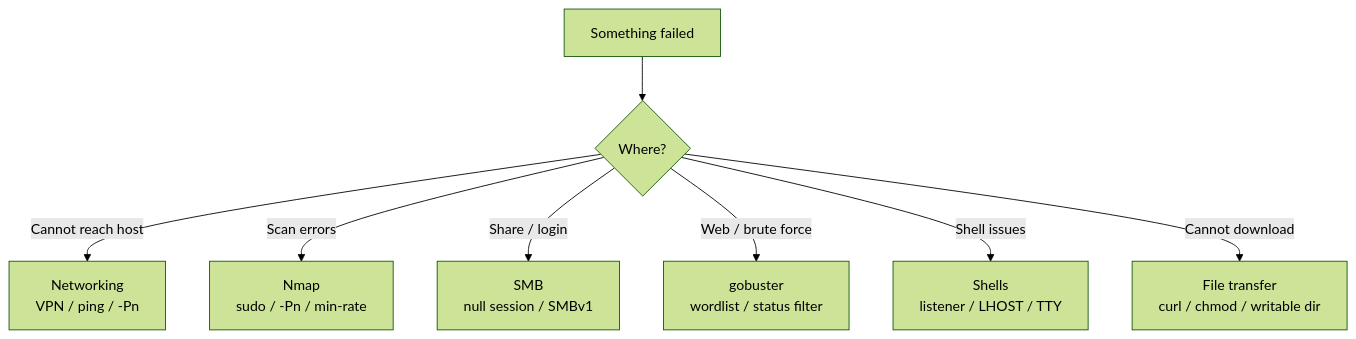
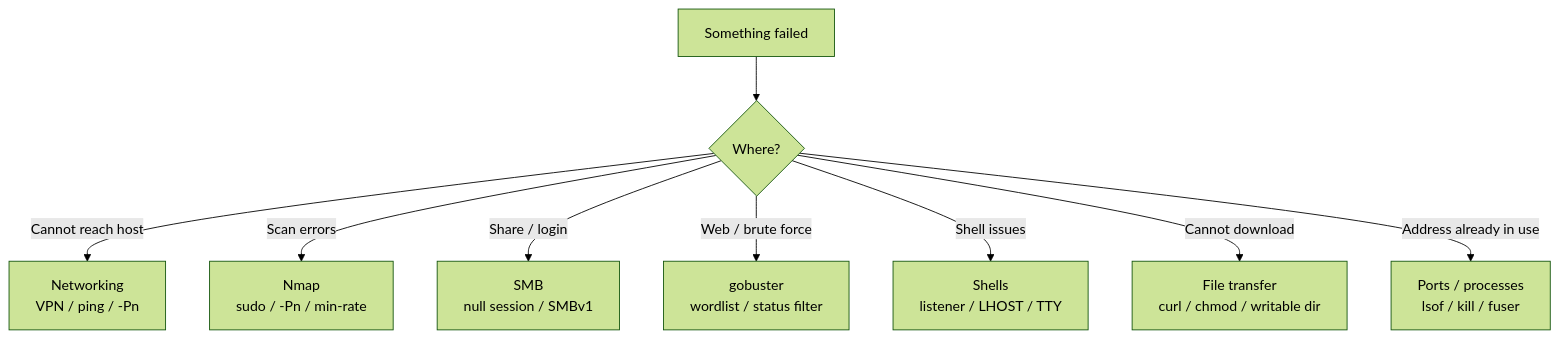
Before and after one commit to nekodas-neko/OSCP_STUDY: the diagram in OSCP-Vault/⚠️ Common Errors & Troubleshooting.md, drawn with Mermaid (forest theme). The commit also changed other lines of this file, not shown here.

First line of the commit message:
Add port-collision troubleshooting entry (Address already in use)

````diff
--- a/OSCP-Vault/⚠️ Common Errors & Troubleshooting.md
+++ b/OSCP-Vault/⚠️ Common Errors & Troubleshooting.md
@@ -15,10 +15,11 @@
 ```mermaid
 flowchart TD
     A["Something failed"] --> B{Where?}
     B -->|Cannot reach host| C["Networking<br/>VPN / ping / -Pn"]
     B -->|Scan errors| D["Nmap<br/>sudo / -Pn / min-rate"]
     B -->|Share / login| E["SMB<br/>null session / SMBv1"]
     B -->|Web / brute force| F["gobuster<br/>wordlist / status filter"]
     B -->|Shell issues| G["Shells<br/>listener / LHOST / TTY"]
     B -->|Cannot download| H["File transfer<br/>curl / chmod / writable dir"]
+    B -->|Address already in use| I["Ports / processes<br/>lsof / kill / fuser"]
 ```
````
